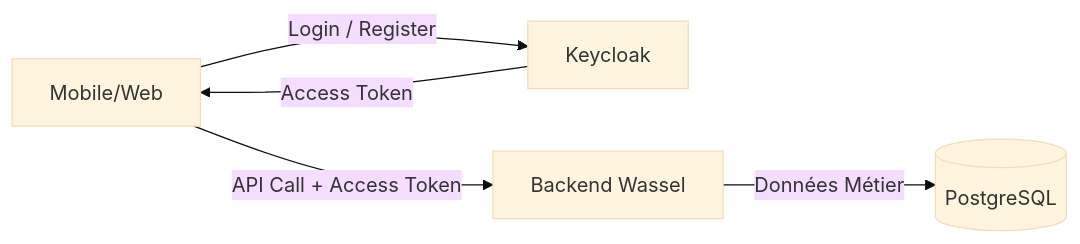
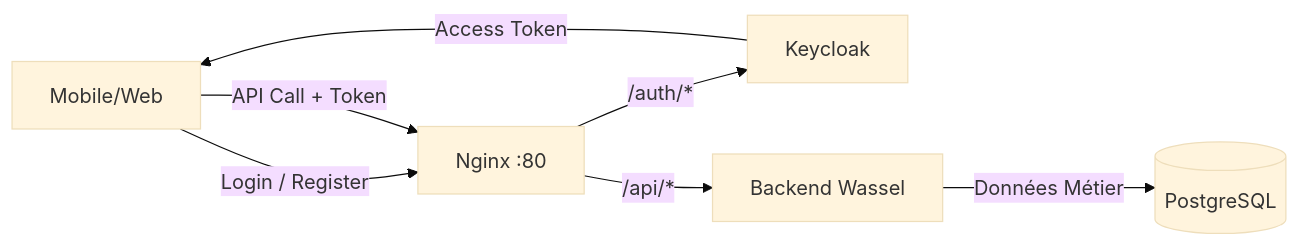
The diagram in docs/frontend-auth-guide.md (MYH-Projet/Wasel), drawn with Mermaid (base theme) before and after one commit. The commit also changed other lines of this file and 12 other files, not shown here.

````diff
--- a/docs/frontend-auth-guide.md
+++ b/docs/frontend-auth-guide.md
@@ -24,7 +24,9 @@
 ```mermaid
 graph LR
-    A[Mobile/Web] -->|Login / Register| K[Keycloak]
+    A[Mobile/Web] -->|Login / Register| N[Nginx :80]
+    N -->|/auth/*| K[Keycloak]
     K -->|Access Token| A
-    A -->|API Call + Access Token| B[Backend Wassel]
+    A -->|API Call + Token| N
+    N -->|/api/*| B[Backend Wassel]
     B -->|Données Métier| P[(PostgreSQL)]
 ```
````
